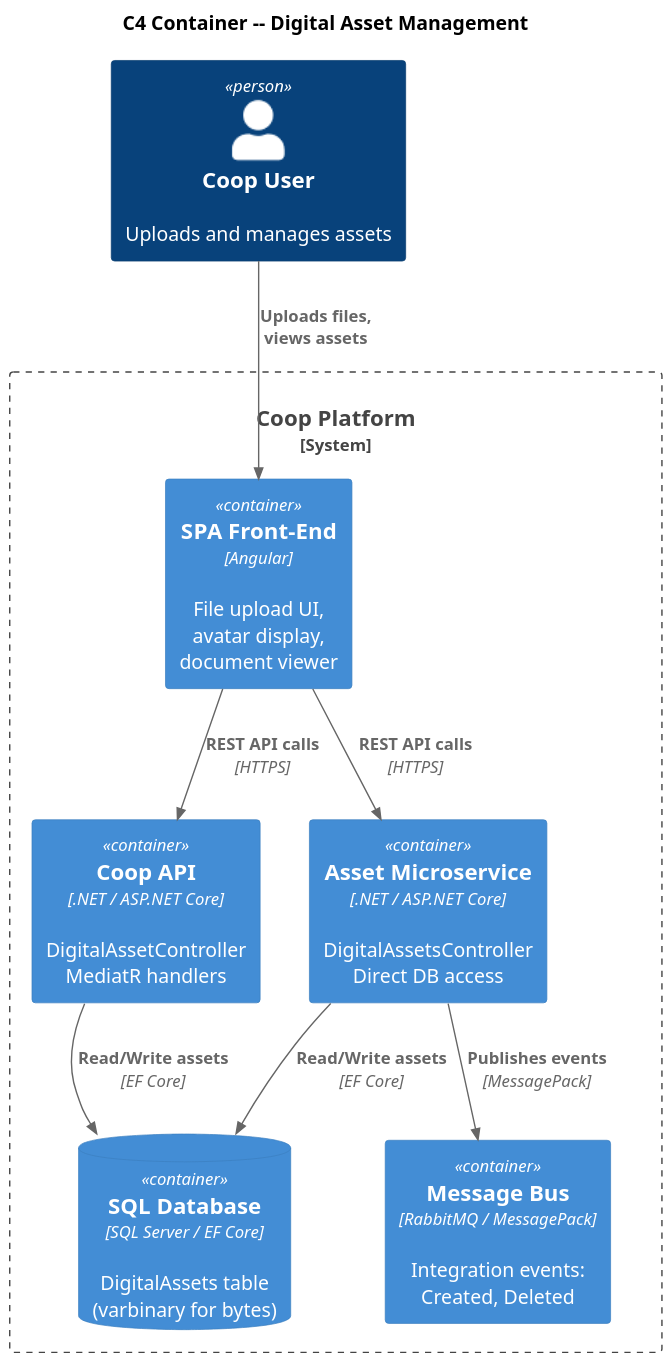
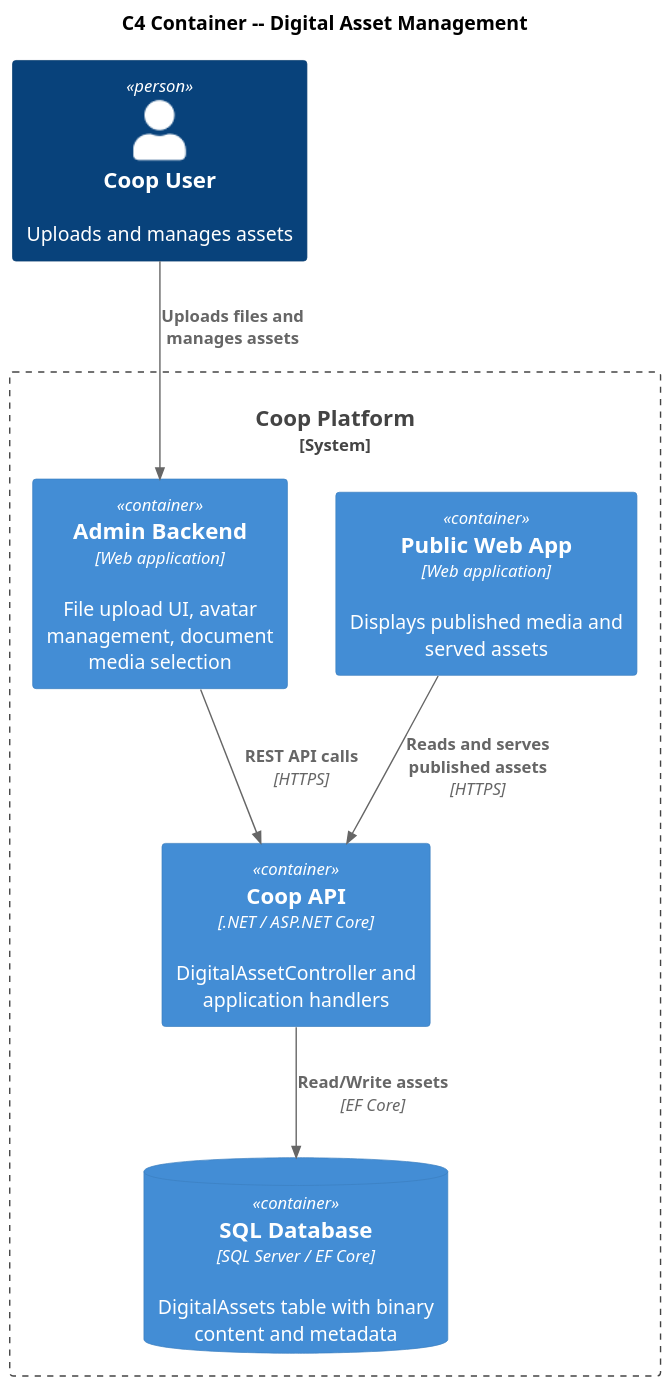
One commit to QuinntyneBrown/Coop changed the diagram in docs/detailed-designs/08-digital-asset-management/c4-container.puml. Above: the diagram before and after it, drawn with PlantUML. The commit also changed 4 other files, not shown here.

Commit message:
Update C4 diagrams for document, digital asset, and theme modules

```diff
--- a/docs/detailed-designs/08-digital-asset-management/c4-container.puml
+++ b/docs/detailed-designs/08-digital-asset-management/c4-container.puml
@@ -1,26 +1,23 @@
 @startuml
 !include https://raw.githubusercontent.com/plantuml-stdlib/C4-PlantUML/master/C4_Container.puml
 
 skinparam dpi 150
 skinparam pageMargin 10
 
 title C4 Container -- Digital Asset Management
 
 Person(user, "Coop User", "Uploads and manages assets")
 
 System_Boundary(coop, "Coop Platform") {
-  Container(spa, "SPA Front-End", "Angular", "File upload UI,\navatar display,\ndocument viewer")
-  Container(api, "Coop API", ".NET / ASP.NET Core", "DigitalAssetController\nMediatR handlers")
-  Container(assetSvc, "Asset Microservice", ".NET / ASP.NET Core", "DigitalAssetsController\nDirect DB access")
-  ContainerDb(db, "SQL Database", "SQL Server / EF Core", "DigitalAssets table\n(varbinary for bytes)")
-  Container(bus, "Message Bus", "RabbitMQ / MessagePack", "Integration events:\nCreated, Deleted")
+  Container(publicApp, "Public Web App", "Web application", "Displays published media and served assets")
+  Container(adminApp, "Admin Backend", "Web application", "File upload UI, avatar management, document media selection")
+  Container(api, "Coop API", ".NET / ASP.NET Core", "DigitalAssetController and application handlers")
+  ContainerDb(db, "SQL Database", "SQL Server / EF Core", "DigitalAssets table with binary content and metadata")
 }
 
-Rel(user, spa, "Uploads files,\nviews assets")
-Rel(spa, api, "REST API calls", "HTTPS")
-Rel(spa, assetSvc, "REST API calls", "HTTPS")
+Rel(user, adminApp, "Uploads files and manages assets")
+Rel(adminApp, api, "REST API calls", "HTTPS")
+Rel(publicApp, api, "Reads and serves published assets", "HTTPS")
 Rel(api, db, "Read/Write assets", "EF Core")
-Rel(assetSvc, db, "Read/Write assets", "EF Core")
-Rel(assetSvc, bus, "Publishes events", "MessagePack")
 
 @enduml
```
